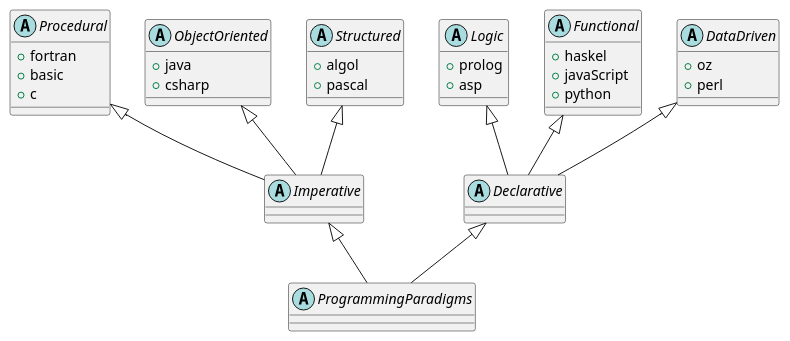
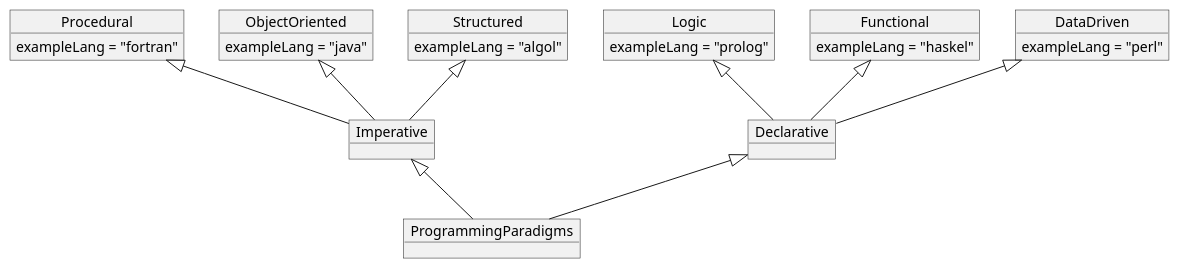
One commit to mxmrykov/gitTest changed the diagram in paradigms/programmingParadigms.puml. Above: the diagram before and after it, drawn with PlantUML. The commit also changed 1 other file, not shown here.

Commit message:
paradigms errors correction

```diff
--- a/paradigms/programmingParadigms.puml
+++ b/paradigms/programmingParadigms.puml
@@ -1,47 +1,43 @@
 @startuml
 
-abstract ProgrammingParadigms {}
+object ProgrammingParadigms
 
-abstract Imperative{}
-abstract Declarative{}
+object Imperative
+object Declarative
 
-abstract Procedural{
-  + fortran
-  + basic
-  + c
-}
-abstract ObjectOriented{
-  + java
-  + csharp
-}
-abstract Structured{
-  + algol
-  + pascal
-}
+object Procedural
 
-abstract Logic{
-  + prolog
-  + asp
-}
-abstract Functional{
-  + haskel
-  + javaScript
-  + python
-}
-abstract DataDriven{
-  + oz
-  + perl
-}
+Procedural : exampleLang = "fortran"
+
+object ObjectOriented
+
+ObjectOriented : exampleLang = "java"
+
+object Structured
+
+Structured : exampleLang = "algol"
+
+object Logic
+
+Logic : exampleLang = "prolog"
+
+object Functional
+
+Functional : exampleLang = "haskel"
+
+object DataDriven
+
+DataDriven : exampleLang = "perl"
 
 Imperative <|-- ProgrammingParadigms
 Declarative <|-- ProgrammingParadigms
 
 Procedural <|-- Imperative
 ObjectOriented <|-- Imperative
 Structured <|-- Imperative
 
 Logic <|-- Declarative
 Functional <|-- Declarative
 DataDriven <|-- Declarative
 
 @enduml
```
